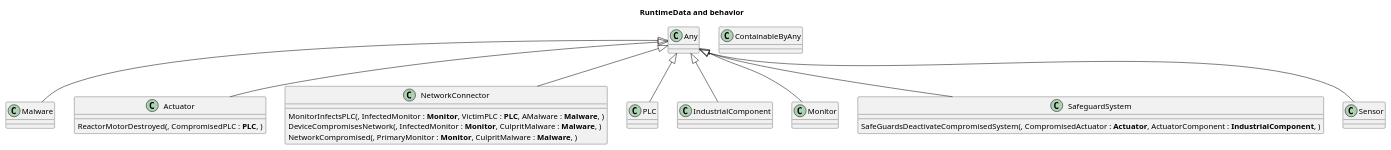
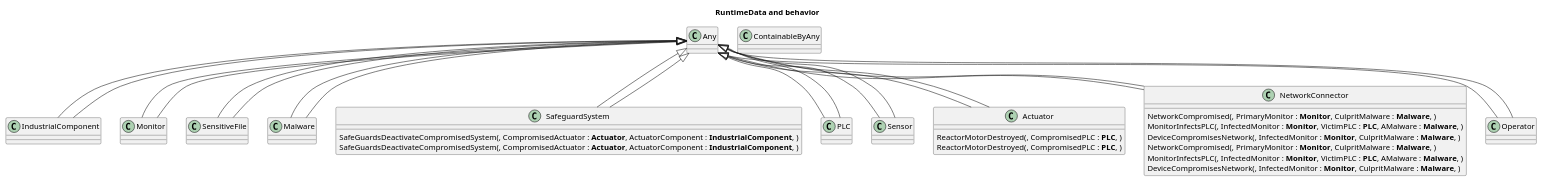
Before and after one commit to lewisccox/lc2071HonoursProject: the diagram in doc-gen/plantuml/BehaviourDefinitions.rtd.class.plantuml, drawn with PlantUML. The commit also changed 11 other files, not shown here.

```diff
--- a/doc-gen/plantuml/BehaviourDefinitions.rtd.class.plantuml
+++ b/doc-gen/plantuml/BehaviourDefinitions.rtd.class.plantuml
@@ -1,38 +1,79 @@
 @startuml
 title RuntimeData and behavior
+class IndustrialComponent  {
+}
+class Monitor  {
+}
+class SensitiveFile  {
+}
 class Malware  {
+}
+class SafeguardSystem  {
+	SafeGuardsDeactivateCompromisedSystem(, CompromisedActuator : **Actuator**, ActuatorComponent : **IndustrialComponent**, )
+}
+class ContainableByAny  {
+}
+class Malware  {
+}
+class SafeguardSystem  {
+	SafeGuardsDeactivateCompromisedSystem(, CompromisedActuator : **Actuator**, ActuatorComponent : **IndustrialComponent**, )
+}
+class PLC  {
+}
+class Sensor  {
 }
 class Actuator  {
 	ReactorMotorDestroyed(, CompromisedPLC : **PLC**, )
 }
-class ContainableByAny  {
+class Any  {
 }
 class NetworkConnector  {
+	NetworkCompromised(, PrimaryMonitor : **Monitor**, CulpritMalware : **Malware**, )
 	MonitorInfectsPLC(, InfectedMonitor : **Monitor**, VictimPLC : **PLC**, AMalware : **Malware**, )
 	DeviceCompromisesNetwork(, InfectedMonitor : **Monitor**, CulpritMalware : **Malware**, )
-	NetworkCompromised(, PrimaryMonitor : **Monitor**, CulpritMalware : **Malware**, )
 }
-class PLC  {
+class Operator  {
 }
 class IndustrialComponent  {
 }
 class Monitor  {
 }
-class SafeguardSystem  {
-	SafeGuardsDeactivateCompromisedSystem(, CompromisedActuator : **Actuator**, ActuatorComponent : **IndustrialComponent**, )
+class Actuator  {
+	ReactorMotorDestroyed(, CompromisedPLC : **PLC**, )
+}
+class PLC  {
+}
+class NetworkConnector  {
+	NetworkCompromised(, PrimaryMonitor : **Monitor**, CulpritMalware : **Malware**, )
+	MonitorInfectsPLC(, InfectedMonitor : **Monitor**, VictimPLC : **PLC**, AMalware : **Malware**, )
+	DeviceCompromisesNetwork(, InfectedMonitor : **Monitor**, CulpritMalware : **Malware**, )
 }
 class Sensor  {
 }
-class Any  {
+class SensitiveFile  {
+}
+class Operator  {
 }
 
 
+IndustrialComponent -up-|>  Any
+Monitor -up-|>  Any
+SensitiveFile -up-|>  Any
 Malware -up-|>  Any
+SafeguardSystem -up-|>  Any
+Malware -up-|>  Any
+SafeguardSystem -up-|>  Any
+PLC -up-|>  Any
+Sensor -up-|>  Any
 Actuator -up-|>  Any
 NetworkConnector -up-|>  Any
-PLC -up-|>  Any
+Operator -up-|>  Any
 IndustrialComponent -up-|>  Any
 Monitor -up-|>  Any
-SafeguardSystem -up-|>  Any
+Actuator -up-|>  Any
+PLC -up-|>  Any
+NetworkConnector -up-|>  Any
 Sensor -up-|>  Any
+SensitiveFile -up-|>  Any
+Operator -up-|>  Any
 @enduml
```
